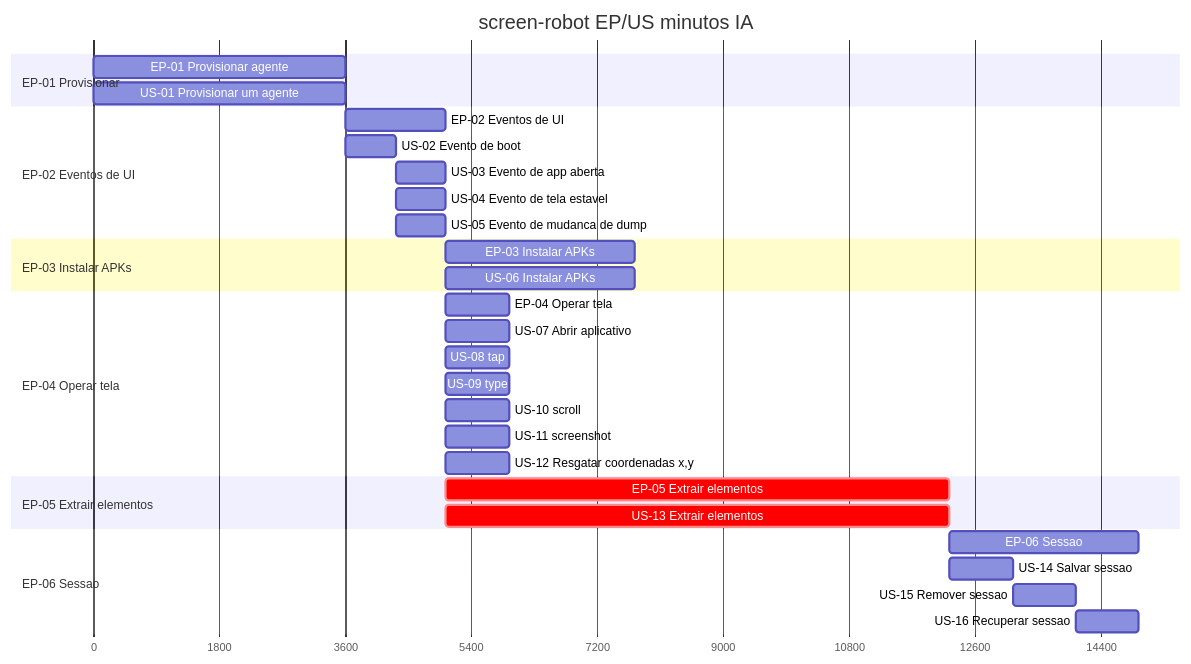
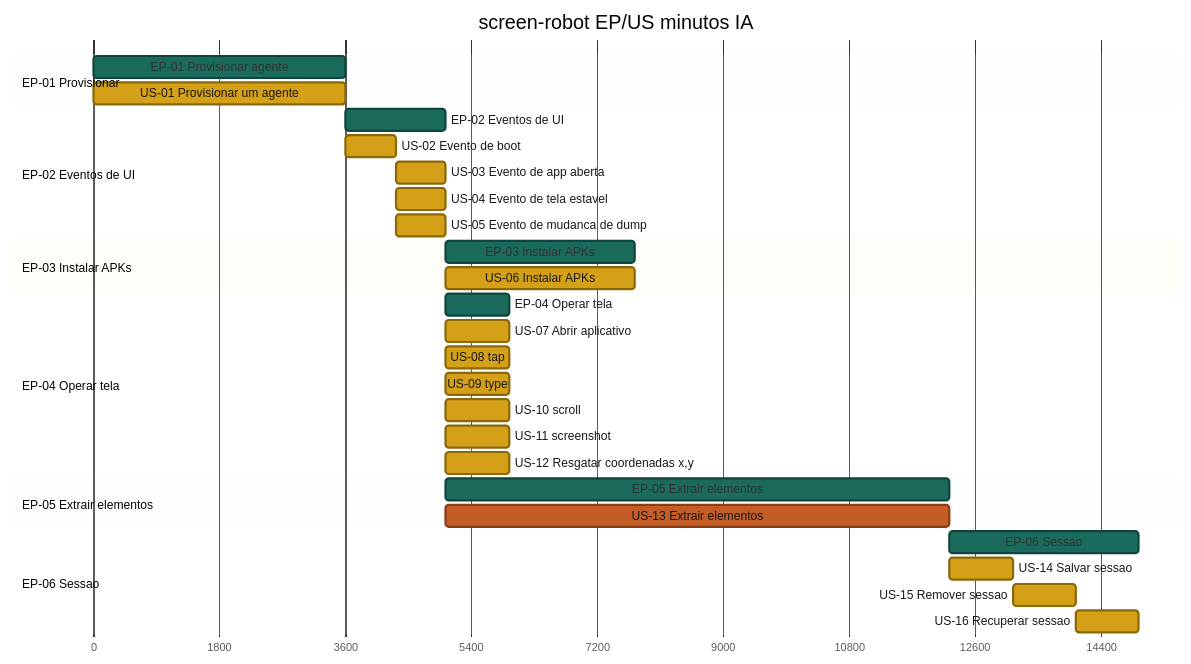
The diagram in connectmax/screen-robot/roadmap.md (laerciogermano/workstation), drawn with Mermaid before and after one commit. The commit also changed other lines of this file and 2 other files, not shown here.

Commit message:
Diferencia cores de épicos e histórias no Gantt do roadmap.

````diff
--- a/connectmax/screen-robot/roadmap.md
+++ b/connectmax/screen-robot/roadmap.md
@@ -13,40 +14,56 @@
 ```mermaid
+---
+config:
+  theme: base
+  themeVariables:
+    doneTaskBkgColor: '#1a6b5c'
+    doneTaskBorderColor: '#0f453c'
+    taskBkgColor: '#d4a017'
+    taskBorderColor: '#8a6808'
+    taskTextColor: '#1a1a1a'
+    taskTextLightColor: '#ffffff'
+    taskTextOutsideColor: '#1a1a1a'
+    critBkgColor: '#c45c26'
+    critBorderColor: '#8a3d14'
+    activeTaskBkgColor: '#d4a017'
+    activeTaskBorderColor: '#8a6808'
+---
 gantt
   title screen-robot EP/US minutos IA
   dateFormat X
   axisFormat %s
 
   section EP-01 Provisionar
-  EP-01 Provisionar agente              :ep01, 0, 60m
+  EP-01 Provisionar agente              :done, ep01, 0, 60m
   US-01 Provisionar um agente           :us01, 0, 60m
 
   section EP-02 Eventos de UI
-  EP-02 Eventos de UI                   :ep02, after us01, 24m
+  EP-02 Eventos de UI                   :done, ep02, after us01, 24m
   US-02 Evento de boot                  :us02, after us01, 12m
   US-03 Evento de app aberta            :us03, after us02, 12m
   US-04 Evento de tela estavel          :us04, after us02, 12m
   US-05 Evento de mudanca de dump       :us05, after us02, 12m
 
   section EP-03 Instalar APKs
-  EP-03 Instalar APKs                   :ep03, after us05, 45m
+  EP-03 Instalar APKs                   :done, ep03, after us05, 45m
   US-06 Instalar APKs                   :us06, after us05, 45m
 
   section EP-04 Operar tela
-  EP-04 Operar tela                     :ep04, after us05, 15m
+  EP-04 Operar tela                     :done, ep04, after us05, 15m
   US-07 Abrir aplicativo                :us07, after us05, 15m
   US-08 tap                             :us08, after us05, 15m
   US-09 type                            :us09, after us05, 15m
   US-10 scroll                          :us10, after us05, 15m
   US-11 screenshot                      :us11, after us05, 15m
   US-12 Resgatar coordenadas x,y        :us12, after us05, 15m
 
   section EP-05 Extrair elementos
-  EP-05 Extrair elementos               :crit, ep05, after us05, 120m
+  EP-05 Extrair elementos               :done, ep05, after us05, 120m
   US-13 Extrair elementos               :crit, us13, after us05, 120m
 
   section EP-06 Sessao
-  EP-06 Sessao                          :ep06, after us13, 45m
+  EP-06 Sessao                          :done, ep06, after us13, 45m
   US-14 Salvar sessao                   :us14, after us13, 15m
   US-15 Remover sessao                  :us15, after us14, 15m
   US-16 Recuperar sessao                :us16, after us15, 15m
 ```
````
